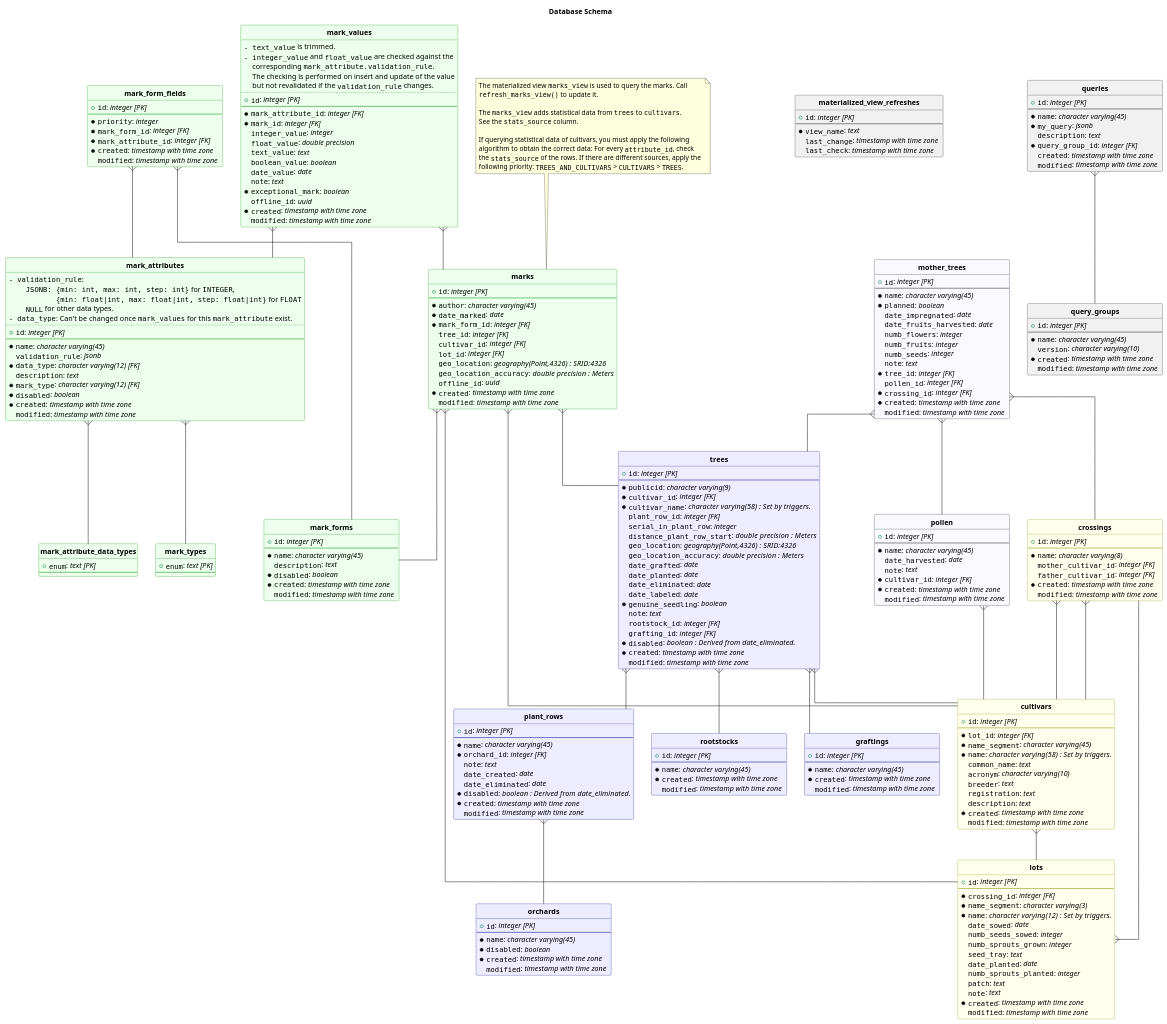
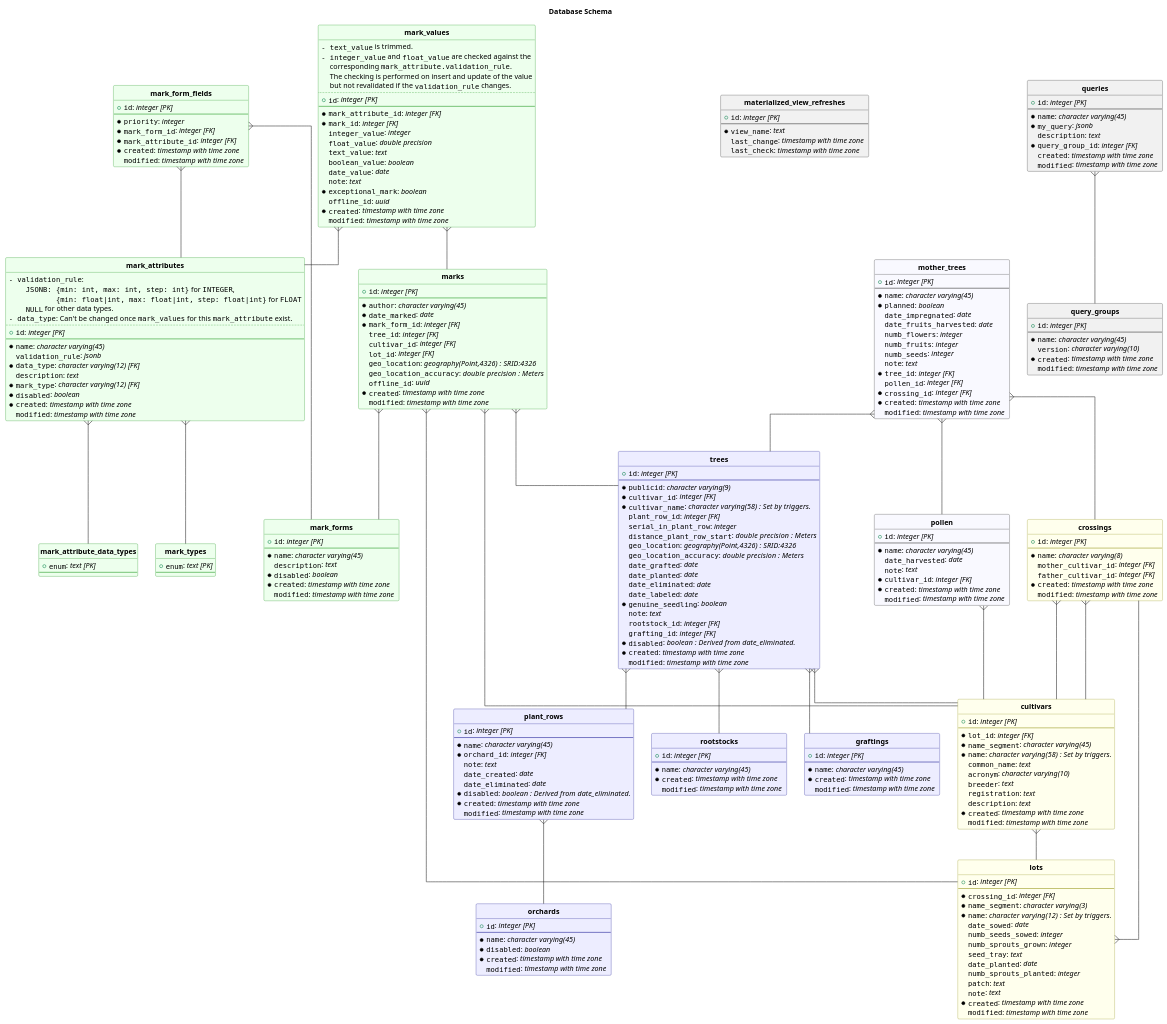
Before and after one commit to bolliger-tech/breedersdb.com: the diagram in backend/docs/database.puml, drawn with PlantUML. The commit also changed 2 other files, not shown here.

Commit message:
Update database UML

```diff
--- a/backend/docs/database.puml
+++ b/backend/docs/database.puml
@@ -292,18 +292,4 @@
 "**trees**"   }--  "**plant_rows**"
 
 "**trees**"   }--  "**rootstocks**"
-
-note top of "**marks**"
-  The materialized view ""marks_view"" is used to query the marks. Call 
-  ""refresh_marks_view()"" to update it.
-
-  The ""marks_view"" adds statistical data from ""trees"" to ""cultivars"".
-  See the ""stats_source"" column. 
-  
-  If querying statistical data of cultivars, you must apply the following 
-  algorithm to obtain the correct data: For every ""attribute_id"", check 
-  the ""stats_source"" of the rows. If there are different sources, apply the 
-  following priority: ""TREES_AND_CULTIVARS"" > ""CULTIVARS"" > ""TREES"".
-end note
-
 @enduml
```
